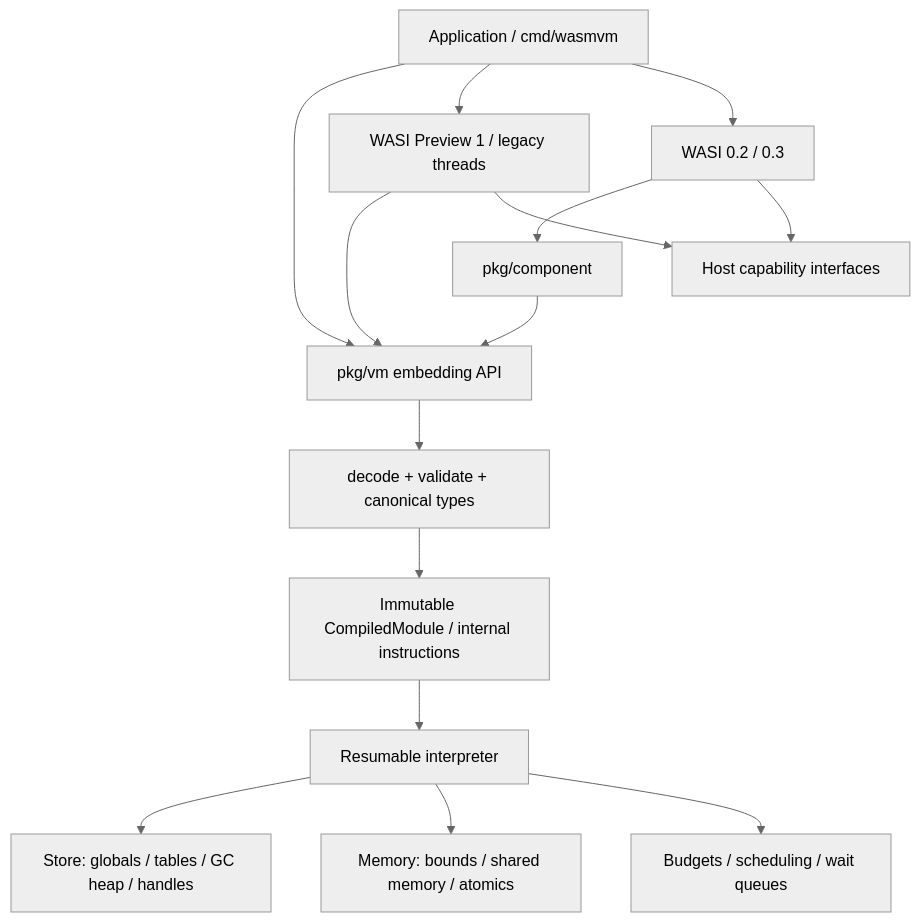
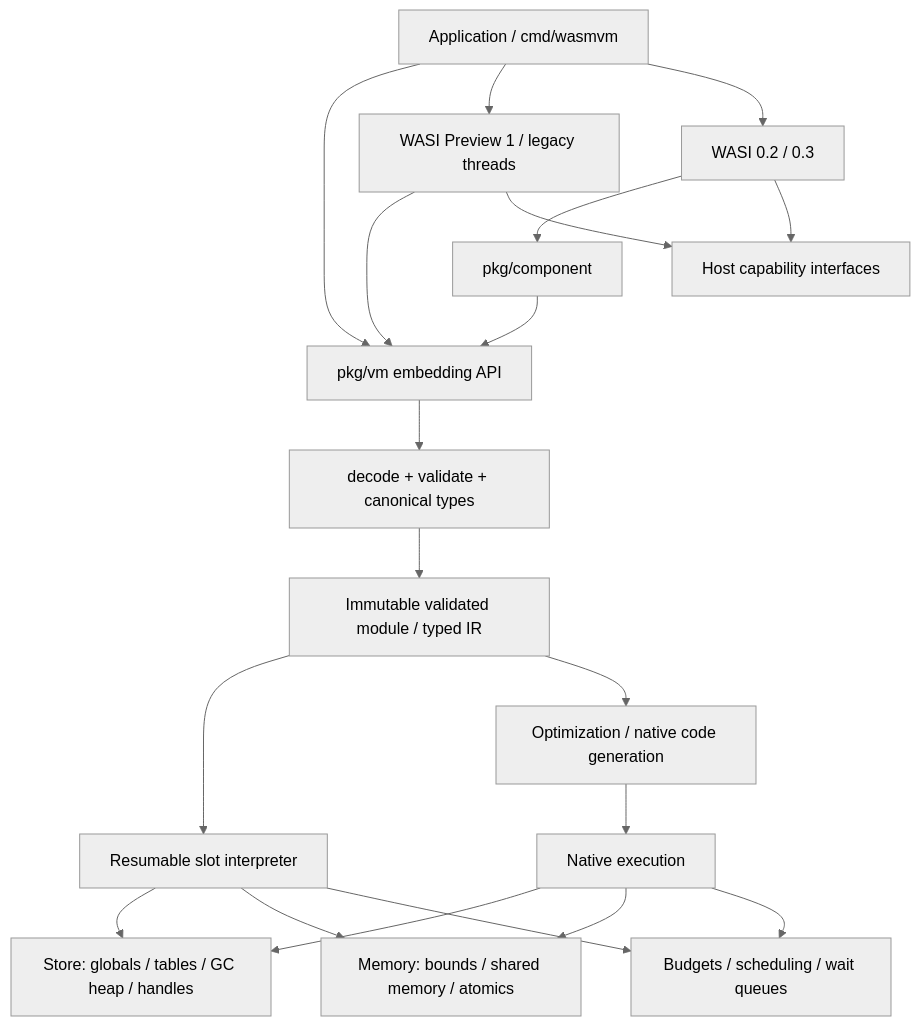
The diagram in docs/design/architecture.md (cpunion/wasmvm), drawn with Mermaid (neutral theme) before and after one commit. The commit also changed other lines of this file and 15 other files, not shown here.

````diff
--- a/docs/design/architecture.md
+++ b/docs/design/architecture.md
@@ -17,17 +17,22 @@
 ```mermaid
 flowchart TD
     App[Application / cmd/wasmvm] --> VM[pkg/vm embedding API]
     App --> W1[WASI Preview 1 / legacy threads]
     App --> W23[WASI 0.2 / 0.3]
     W23 --> CM[pkg/component]
     CM --> VM
     W1 --> VM
     VM --> Decode[decode + validate + canonical types]
-    Decode --> Module[Immutable CompiledModule / internal instructions]
-    Module --> Interp[Resumable interpreter]
+    Decode --> Module[Immutable validated module / typed IR]
+    Module --> Interp[Resumable slot interpreter]
+    Module --> Compiler[Optimization / native code generation]
+    Compiler --> Native[Native execution]
+    Native --> Store
+    Native --> Mem
+    Native --> Sched
     Interp --> Store[Store: globals / tables / GC heap / handles]
     Interp --> Mem[Memory: bounds / shared memory / atomics]
     Interp --> Sched[Budgets / scheduling / wait queues]
     W1 --> Host[Host capability interfaces]
     W23 --> Host
 ```
````
